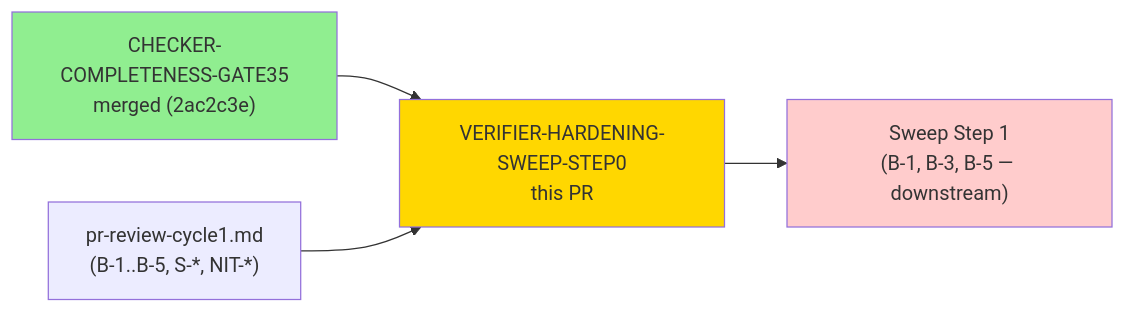
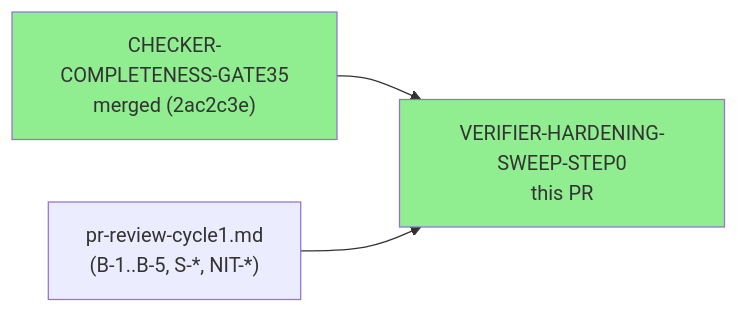
Before and after one commit to BOHICA-LABS/mdlinkcheck-cloud: the second of 3 diagrams in code-delivery/VERIFIER-HARDENING-SWEEP-STEP0/pr-description.md, drawn with Mermaid. The commit also changed other lines of this file, not shown here.

First line of the commit message:
factory(sweep-step0): final packaging — head SHA 7739995, rollback 11, AC-007, all B-1..B-5 closed

````diff
--- a/code-delivery/VERIFIER-HARDENING-SWEEP-STEP0/pr-description.md
+++ b/code-delivery/VERIFIER-HARDENING-SWEEP-STEP0/pr-description.md
@@ -74,10 +70,8 @@
 ```mermaid
 graph LR
     GATE35["CHECKER-COMPLETENESS-GATE35<br/>merged (2ac2c3e)"] --> STEP0["VERIFIER-HARDENING-SWEEP-STEP0<br/>this PR"]
     RCH["pr-review-cycle1.md<br/>(B-1..B-5, S-*, NIT-*)"] --> STEP0
-    STEP0 --> STEP1["Sweep Step 1<br/>(B-1, B-3, B-5 — downstream)"]
 
     style GATE35 fill:#90EE90
-    style STEP0 fill:#FFD700
-    style STEP1 fill:#FFCCCC
+    style STEP0 fill:#90EE90
 ```
````
